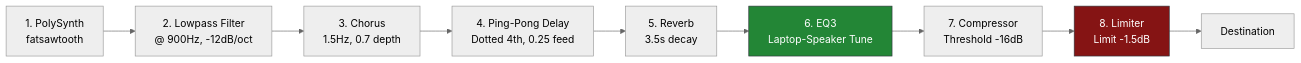
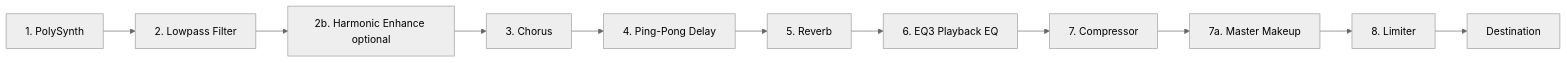
Before and after one commit to trevritchie/Movemental: the second of 2 diagrams in web/README.md, drawn with Mermaid (neutral theme). The commit also changed other lines of this file and 11 other files, not shown here.

````diff
--- a/web/README.md
+++ b/web/README.md
@@ -207,14 +207,13 @@
 ```mermaid
 graph LR
-    Synth[1. PolySynth <br> fatsawtooth] --> Filter[2. Lowpass Filter <br> @ 900Hz, -12dB/oct]
-    Filter --> Chorus[3. Chorus <br> 1.5Hz, 0.7 depth]
-    Chorus --> Delay[4. Ping-Pong Delay <br> Dotted 4th, 0.25 feed]
-    Delay --> Reverb[5. Reverb <br> 3.5s decay]
-    Reverb --> EQ3[6. EQ3 <br> Laptop-Speaker Tune]
-    EQ3 --> Compressor[7. Compressor <br> Threshold -16dB]
-    Compressor --> Limiter[8. Limiter <br> Limit -1.5dB]
+    Synth[1. PolySynth] --> Filter[2. Lowpass Filter]
+    Filter --> Harmonic[2b. Harmonic Enhance optional]
+    Harmonic --> Chorus[3. Chorus]
+    Chorus --> Delay[4. Ping-Pong Delay]
+    Delay --> Reverb[5. Reverb]
+    Reverb --> EQ3[6. EQ3 Playback EQ]
+    EQ3 --> Compressor[7. Compressor]
+    Compressor --> Makeup[7a. Master Makeup]
+    Makeup --> Limiter[8. Limiter]
     Limiter --> Output[Destination]
-    
-    style EQ3 fill:#238636,stroke:#30363d,color:#ffffff
-    style Limiter fill:#851414,stroke:#30363d,color:#ffffff
 ```
````
